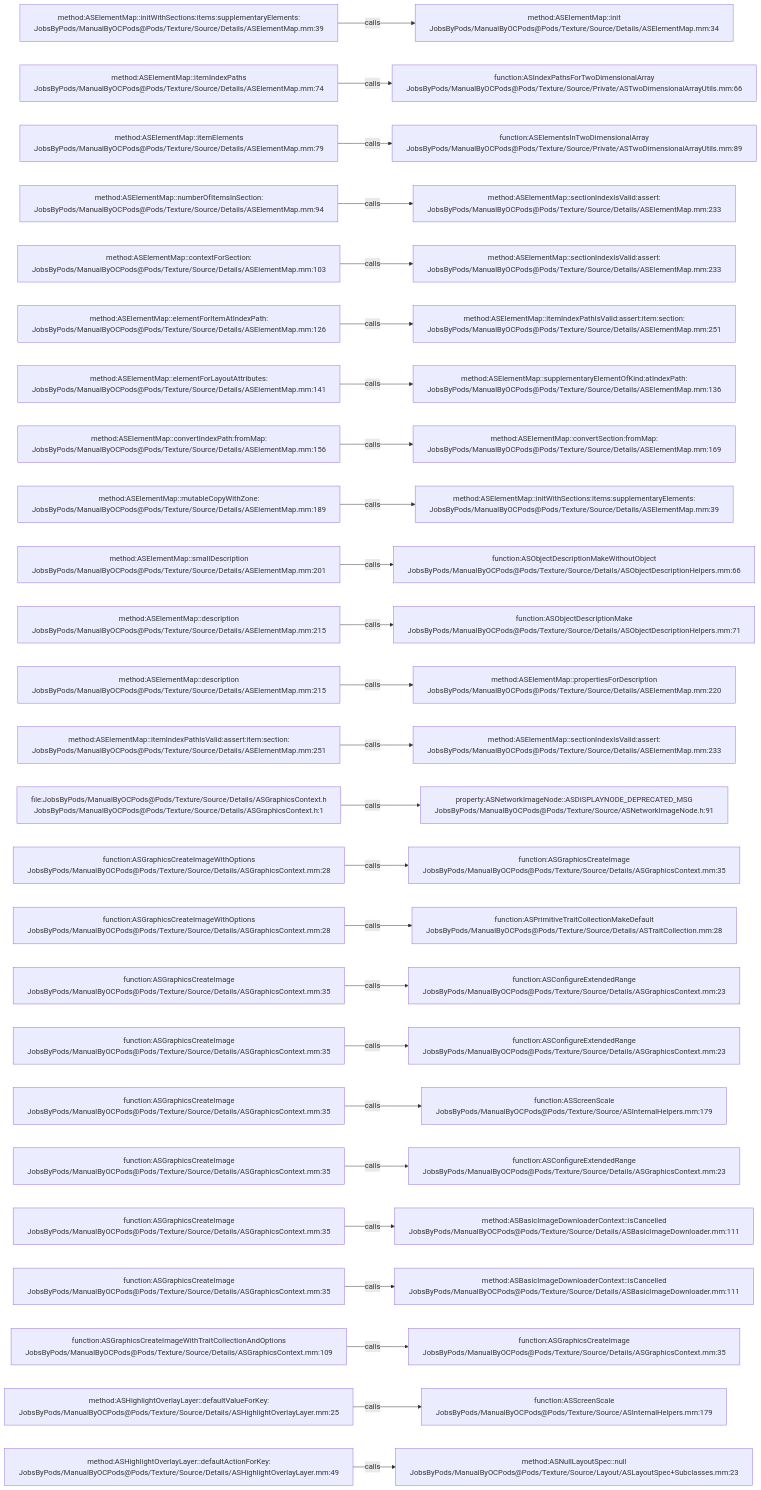
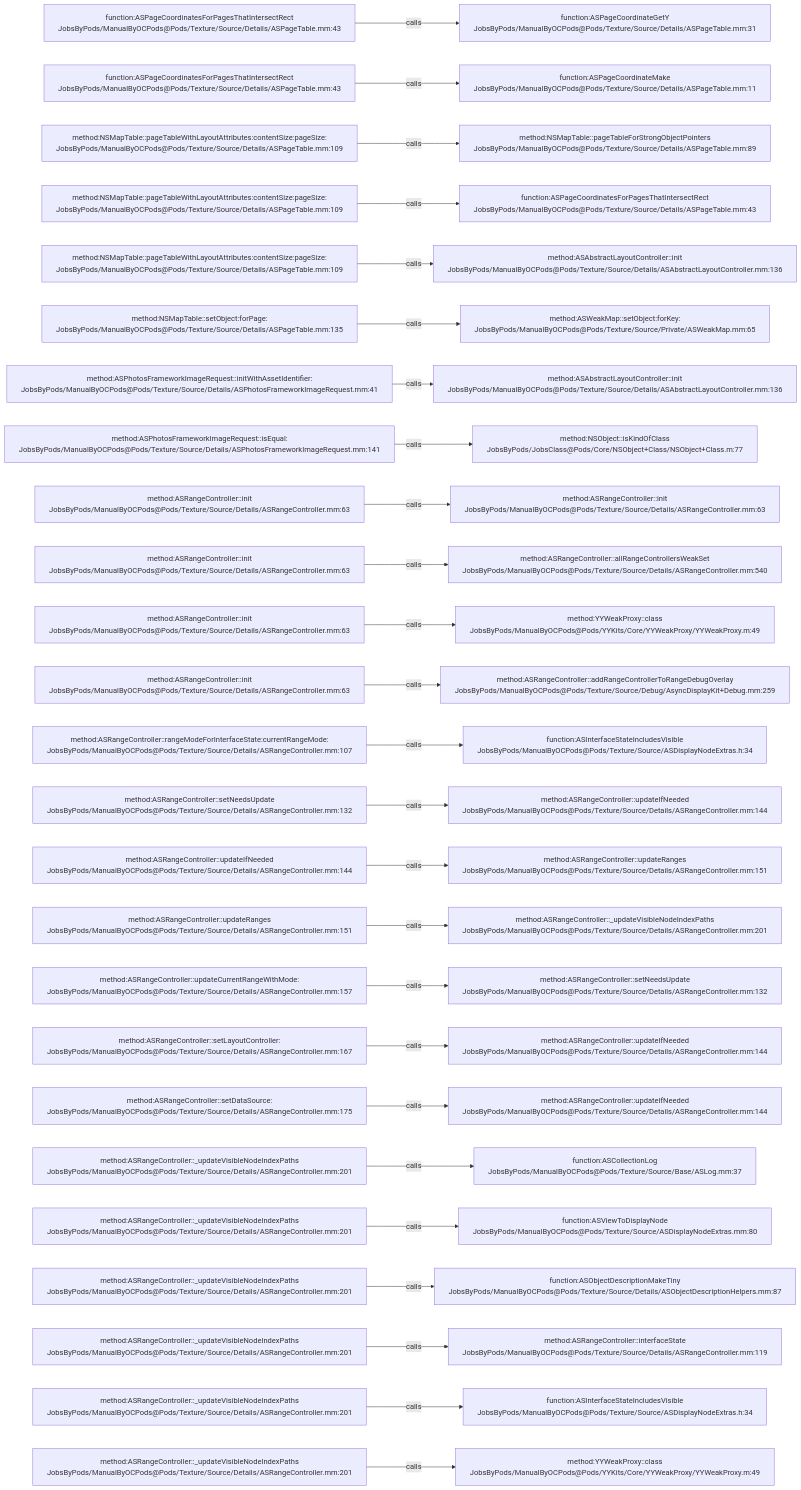
The diagram in .codegraph/codegraph.md/graphs/calls-155.md (JobsKits/JobsOCBaseConfigDemo), drawn with Mermaid before and after one commit. The commit also changed 1448 other files, not shown here.

````diff
--- a/.codegraph/codegraph.md/graphs/calls-155.md
+++ b/.codegraph/codegraph.md/graphs/calls-155.md
@@ -13,78 +13,78 @@
 ```mermaid
 flowchart LR
-  S1["method:ASElementMap::initWithSections:items:supplementaryElements:<br/>JobsByPods/ManualByOCPods@Pods/Texture/Source/Details/ASElementMap.mm:39"]
-  T1["method:ASElementMap::init<br/>JobsByPods/ManualByOCPods@Pods/Texture/Source/Details/ASElementMap.mm:34"]
+  S1["function:ASPageCoordinatesForPagesThatIntersectRect<br/>JobsByPods/ManualByOCPods@Pods/Texture/Source/Details/ASPageTable.mm:43"]
+  T1["function:ASPageCoordinateGetY<br/>JobsByPods/ManualByOCPods@Pods/Texture/Source/Details/ASPageTable.mm:31"]
   S1 -->|calls| T1
-  S2["method:ASElementMap::itemIndexPaths<br/>JobsByPods/ManualByOCPods@Pods/Texture/Source/Details/ASElementMap.mm:74"]
-  T2["function:ASIndexPathsForTwoDimensionalArray<br/>JobsByPods/ManualByOCPods@Pods/Texture/Source/Private/ASTwoDimensionalArrayUtils.mm:66"]
+  S2["function:ASPageCoordinatesForPagesThatIntersectRect<br/>JobsByPods/ManualByOCPods@Pods/Texture/Source/Details/ASPageTable.mm:43"]
+  T2["function:ASPageCoordinateMake<br/>JobsByPods/ManualByOCPods@Pods/Texture/Source/Details/ASPageTable.mm:11"]
   S2 -->|calls| T2
-  S3["method:ASElementMap::itemElements<br/>JobsByPods/ManualByOCPods@Pods/Texture/Source/Details/ASElementMap.mm:79"]
-  T3["function:ASElementsInTwoDimensionalArray<br/>JobsByPods/ManualByOCPods@Pods/Texture/Source/Private/ASTwoDimensionalArrayUtils.mm:89"]
+  S3["method:NSMapTable::pageTableWithLayoutAttributes:contentSize:pageSize:<br/>JobsByPods/ManualByOCPods@Pods/Texture/Source/Details/ASPageTable.mm:109"]
+  T3["method:NSMapTable::pageTableForStrongObjectPointers<br/>JobsByPods/ManualByOCPods@Pods/Texture/Source/Details/ASPageTable.mm:89"]
   S3 -->|calls| T3
-  S4["method:ASElementMap::numberOfItemsInSection:<br/>JobsByPods/ManualByOCPods@Pods/Texture/Source/Details/ASElementMap.mm:94"]
-  T4["method:ASElementMap::sectionIndexIsValid:assert:<br/>JobsByPods/ManualByOCPods@Pods/Texture/Source/Details/ASElementMap.mm:233"]
+  S4["method:NSMapTable::pageTableWithLayoutAttributes:contentSize:pageSize:<br/>JobsByPods/ManualByOCPods@Pods/Texture/Source/Details/ASPageTable.mm:109"]
+  T4["function:ASPageCoordinatesForPagesThatIntersectRect<br/>JobsByPods/ManualByOCPods@Pods/Texture/Source/Details/ASPageTable.mm:43"]
   S4 -->|calls| T4
-  S5["method:ASElementMap::contextForSection:<br/>JobsByPods/ManualByOCPods@Pods/Texture/Source/Details/ASElementMap.mm:103"]
-  T5["method:ASElementMap::sectionIndexIsValid:assert:<br/>JobsByPods/ManualByOCPods@Pods/Texture/Source/Details/ASElementMap.mm:233"]
+  S5["method:NSMapTable::pageTableWithLayoutAttributes:contentSize:pageSize:<br/>JobsByPods/ManualByOCPods@Pods/Texture/Source/Details/ASPageTable.mm:109"]
+  T5["method:ASAbstractLayoutController::init<br/>JobsByPods/ManualByOCPods@Pods/Texture/Source/Details/ASAbstractLayoutController.mm:136"]
   S5 -->|calls| T5
-  S6["method:ASElementMap::elementForItemAtIndexPath:<br/>JobsByPods/ManualByOCPods@Pods/Texture/Source/Details/ASElementMap.mm:126"]
-  T6["method:ASElementMap::itemIndexPathIsValid:assert:item:section:<br/>JobsByPods/ManualByOCPods@Pods/Texture/Source/Details/ASElementMap.mm:251"]
+  S6["method:NSMapTable::setObject:forPage:<br/>JobsByPods/ManualByOCPods@Pods/Texture/Source/Details/ASPageTable.mm:135"]
+  T6["method:ASWeakMap::setObject:forKey:<br/>JobsByPods/ManualByOCPods@Pods/Texture/Source/Private/ASWeakMap.mm:65"]
   S6 -->|calls| T6
-  S7["method:ASElementMap::elementForLayoutAttributes:<br/>JobsByPods/ManualByOCPods@Pods/Texture/Source/Details/ASElementMap.mm:141"]
-  T7["method:ASElementMap::supplementaryElementOfKind:atIndexPath:<br/>JobsByPods/ManualByOCPods@Pods/Texture/Source/Details/ASElementMap.mm:136"]
+  S7["method:ASPhotosFrameworkImageRequest::initWithAssetIdentifier:<br/>JobsByPods/ManualByOCPods@Pods/Texture/Source/Details/ASPhotosFrameworkImageRequest.mm:41"]
+  T7["method:ASAbstractLayoutController::init<br/>JobsByPods/ManualByOCPods@Pods/Texture/Source/Details/ASAbstractLayoutController.mm:136"]
   S7 -->|calls| T7
-  S8["method:ASElementMap::convertIndexPath:fromMap:<br/>JobsByPods/ManualByOCPods@Pods/Texture/Source/Details/ASElementMap.mm:156"]
-  T8["method:ASElementMap::convertSection:fromMap:<br/>JobsByPods/ManualByOCPods@Pods/Texture/Source/Details/ASElementMap.mm:169"]
+  S8["method:ASPhotosFrameworkImageRequest::isEqual:<br/>JobsByPods/ManualByOCPods@Pods/Texture/Source/Details/ASPhotosFrameworkImageRequest.mm:141"]
+  T8["method:NSObject::isKindOfClass<br/>JobsByPods/JobsClass@Pods/Core/NSObject+Class/NSObject+Class.m:77"]
   S8 -->|calls| T8
-  S9["method:ASElementMap::mutableCopyWithZone:<br/>JobsByPods/ManualByOCPods@Pods/Texture/Source/Details/ASElementMap.mm:189"]
-  T9["method:ASElementMap::initWithSections:items:supplementaryElements:<br/>JobsByPods/ManualByOCPods@Pods/Texture/Source/Details/ASElementMap.mm:39"]
+  S9["method:ASRangeController::init<br/>JobsByPods/ManualByOCPods@Pods/Texture/Source/Details/ASRangeController.mm:63"]
+  T9["method:ASRangeController::init<br/>JobsByPods/ManualByOCPods@Pods/Texture/Source/Details/ASRangeController.mm:63"]
   S9 -->|calls| T9
-  S10["method:ASElementMap::smallDescription<br/>JobsByPods/ManualByOCPods@Pods/Texture/Source/Details/ASElementMap.mm:201"]
-  T10["function:ASObjectDescriptionMakeWithoutObject<br/>JobsByPods/ManualByOCPods@Pods/Texture/Source/Details/ASObjectDescriptionHelpers.mm:66"]
+  S10["method:ASRangeController::init<br/>JobsByPods/ManualByOCPods@Pods/Texture/Source/Details/ASRangeController.mm:63"]
+  T10["method:ASRangeController::allRangeControllersWeakSet<br/>JobsByPods/ManualByOCPods@Pods/Texture/Source/Details/ASRangeController.mm:540"]
   S10 -->|calls| T10
-  S11["method:ASElementMap::description<br/>JobsByPods/ManualByOCPods@Pods/Texture/Source/Details/ASElementMap.mm:215"]
-  T11["function:ASObjectDescriptionMake<br/>JobsByPods/ManualByOCPods@Pods/Texture/Source/Details/ASObjectDescriptionHelpers.mm:71"]
+  S11["method:ASRangeController::init<br/>JobsByPods/ManualByOCPods@Pods/Texture/Source/Details/ASRangeController.mm:63"]
+  T11["method:YYWeakProxy::class<br/>JobsByPods/ManualByOCPods@Pods/YYKits/Core/YYWeakProxy/YYWeakProxy.m:49"]
   S11 -->|calls| T11
-  S12["method:ASElementMap::description<br/>JobsByPods/ManualByOCPods@Pods/Texture/Source/Details/ASElementMap.mm:215"]
-  T12["method:ASElementMap::propertiesForDescription<br/>JobsByPods/ManualByOCPods@Pods/Texture/Source/Details/ASElementMap.mm:220"]
+  S12["method:ASRangeController::init<br/>JobsByPods/ManualByOCPods@Pods/Texture/Source/Details/ASRangeController.mm:63"]
+  T12["method:ASRangeController::addRangeControllerToRangeDebugOverlay<br/>JobsByPods/ManualByOCPods@Pods/Texture/Source/Debug/AsyncDisplayKit+Debug.mm:259"]
   S12 -->|calls| T12
-  S13["method:ASElementMap::itemIndexPathIsValid:assert:item:section:<br/>JobsByPods/ManualByOCPods@Pods/Texture/Source/Details/ASElementMap.mm:251"]
-  T13["method:ASElementMap::sectionIndexIsValid:assert:<br/>JobsByPods/ManualByOCPods@Pods/Texture/Source/Details/ASElementMap.mm:233"]
+  S13["method:ASRangeController::rangeModeForInterfaceState:currentRangeMode:<br/>JobsByPods/ManualByOCPods@Pods/Texture/Source/Details/ASRangeController.mm:107"]
+  T13["function:ASInterfaceStateIncludesVisible<br/>JobsByPods/ManualByOCPods@Pods/Texture/Source/ASDisplayNodeExtras.h:34"]
   S13 -->|calls| T13
-  S14["file:JobsByPods/ManualByOCPods@Pods/Texture/Source/Details/ASGraphicsContext.h<br/>JobsByPods/ManualByOCPods@Pods/Texture/Source/Details/ASGraphicsContext.h:1"]
-  T14["property:ASNetworkImageNode::ASDISPLAYNODE_DEPRECATED_MSG<br/>JobsByPods/ManualByOCPods@Pods/Texture/Source/ASNetworkImageNode.h:91"]
+  S14["method:ASRangeController::setNeedsUpdate<br/>JobsByPods/ManualByOCPods@Pods/Texture/Source/Details/ASRangeController.mm:132"]
+  T14["method:ASRangeController::updateIfNeeded<br/>JobsByPods/ManualByOCPods@Pods/Texture/Source/Details/ASRangeController.mm:144"]
   S14 -->|calls| T14
-  S15["function:ASGraphicsCreateImageWithOptions<br/>JobsByPods/ManualByOCPods@Pods/Texture/Source/Details/ASGraphicsContext.mm:28"]
-  T15["function:ASGraphicsCreateImage<br/>JobsByPods/ManualByOCPods@Pods/Texture/Source/Details/ASGraphicsContext.mm:35"]
+  S15["method:ASRangeController::updateIfNeeded<br/>JobsByPods/ManualByOCPods@Pods/Texture/Source/Details/ASRangeController.mm:144"]
+  T15["method:ASRangeController::updateRanges<br/>JobsByPods/ManualByOCPods@Pods/Texture/Source/Details/ASRangeController.mm:151"]
   S15 -->|calls| T15
-  S16["function:ASGraphicsCreateImageWithOptions<br/>JobsByPods/ManualByOCPods@Pods/Texture/Source/Details/ASGraphicsContext.mm:28"]
-  T16["function:ASPrimitiveTraitCollectionMakeDefault<br/>JobsByPods/ManualByOCPods@Pods/Texture/Source/Details/ASTraitCollection.mm:28"]
+  S16["method:ASRangeController::updateRanges<br/>JobsByPods/ManualByOCPods@Pods/Texture/Source/Details/ASRangeController.mm:151"]
+  T16["method:ASRangeController::_updateVisibleNodeIndexPaths<br/>JobsByPods/ManualByOCPods@Pods/Texture/Source/Details/ASRangeController.mm:201"]
   S16 -->|calls| T16
-  S17["function:ASGraphicsCreateImage<br/>JobsByPods/ManualByOCPods@Pods/Texture/Source/Details/ASGraphicsContext.mm:35"]
-  T17["function:ASConfigureExtendedRange<br/>JobsByPods/ManualByOCPods@Pods/Texture/Source/Details/ASGraphicsContext.mm:23"]
+  S17["method:ASRangeController::updateCurrentRangeWithMode:<br/>JobsByPods/ManualByOCPods@Pods/Texture/Source/Details/ASRangeController.mm:157"]
+  T17["method:ASRangeController::setNeedsUpdate<br/>JobsByPods/ManualByOCPods@Pods/Texture/Source/Details/ASRangeController.mm:132"]
   S17 -->|calls| T17
-  S18["function:ASGraphicsCreateImage<br/>JobsByPods/ManualByOCPods@Pods/Texture/Source/Details/ASGraphicsContext.mm:35"]
-  T18["function:ASConfigureExtendedRange<br/>JobsByPods/ManualByOCPods@Pods/Texture/Source/Details/ASGraphicsContext.mm:23"]
+  S18["method:ASRangeController::setLayoutController:<br/>JobsByPods/ManualByOCPods@Pods/Texture/Source/Details/ASRangeController.mm:167"]
+  T18["method:ASRangeController::updateIfNeeded<br/>JobsByPods/ManualByOCPods@Pods/Texture/Source/Details/ASRangeController.mm:144"]
   S18 -->|calls| T18
-  S19["function:ASGraphicsCreateImage<br/>JobsByPods/ManualByOCPods@Pods/Texture/Source/Details/ASGraphicsContext.mm:35"]
-  T19["function:ASScreenScale<br/>JobsByPods/ManualByOCPods@Pods/Texture/Source/ASInternalHelpers.mm:179"]
+  S19["method:ASRangeController::setDataSource:<br/>JobsByPods/ManualByOCPods@Pods/Texture/Source/Details/ASRangeController.mm:175"]
+  T19["method:ASRangeController::updateIfNeeded<br/>JobsByPods/ManualByOCPods@Pods/Texture/Source/Details/ASRangeController.mm:144"]
   S19 -->|calls| T19
-  S20["function:ASGraphicsCreateImage<br/>JobsByPods/ManualByOCPods@Pods/Texture/Source/Details/ASGraphicsContext.mm:35"]
-  T20["function:ASConfigureExtendedRange<br/>JobsByPods/ManualByOCPods@Pods/Texture/Source/Details/ASGraphicsContext.mm:23"]
+  S20["method:ASRangeController::_updateVisibleNodeIndexPaths<br/>JobsByPods/ManualByOCPods@Pods/Texture/Source/Details/ASRangeController.mm:201"]
+  T20["function:ASCollectionLog<br/>JobsByPods/ManualByOCPods@Pods/Texture/Source/Base/ASLog.mm:37"]
   S20 -->|calls| T20
-  S21["function:ASGraphicsCreateImage<br/>JobsByPods/ManualByOCPods@Pods/Texture/Source/Details/ASGraphicsContext.mm:35"]
-  T21["method:ASBasicImageDownloaderContext::isCancelled<br/>JobsByPods/ManualByOCPods@Pods/Texture/Source/Details/ASBasicImageDownloader.mm:111"]
+  S21["method:ASRangeController::_updateVisibleNodeIndexPaths<br/>JobsByPods/ManualByOCPods@Pods/Texture/Source/Details/ASRangeController.mm:201"]
+  T21["function:ASViewToDisplayNode<br/>JobsByPods/ManualByOCPods@Pods/Texture/Source/ASDisplayNodeExtras.mm:80"]
   S21 -->|calls| T21
-  S22["function:ASGraphicsCreateImage<br/>JobsByPods/ManualByOCPods@Pods/Texture/Source/Details/ASGraphicsContext.mm:35"]
-  T22["method:ASBasicImageDownloaderContext::isCancelled<br/>JobsByPods/ManualByOCPods@Pods/Texture/Source/Details/ASBasicImageDownloader.mm:111"]
+  S22["method:ASRangeController::_updateVisibleNodeIndexPaths<br/>JobsByPods/ManualByOCPods@Pods/Texture/Source/Details/ASRangeController.mm:201"]
+  T22["function:ASObjectDescriptionMakeTiny<br/>JobsByPods/ManualByOCPods@Pods/Texture/Source/Details/ASObjectDescriptionHelpers.mm:87"]
   S22 -->|calls| T22
-  S23["function:ASGraphicsCreateImageWithTraitCollectionAndOptions<br/>JobsByPods/ManualByOCPods@Pods/Texture/Source/Details/ASGraphicsContext.mm:109"]
-  T23["function:ASGraphicsCreateImage<br/>JobsByPods/ManualByOCPods@Pods/Texture/Source/Details/ASGraphicsContext.mm:35"]
+  S23["method:ASRangeController::_updateVisibleNodeIndexPaths<br/>JobsByPods/ManualByOCPods@Pods/Texture/Source/Details/ASRangeController.mm:201"]
+  T23["method:ASRangeController::interfaceState<br/>JobsByPods/ManualByOCPods@Pods/Texture/Source/Details/ASRangeController.mm:119"]
   S23 -->|calls| T23
-  S24["method:ASHighlightOverlayLayer::defaultValueForKey:<br/>JobsByPods/ManualByOCPods@Pods/Texture/Source/Details/ASHighlightOverlayLayer.mm:25"]
-  T24["function:ASScreenScale<br/>JobsByPods/ManualByOCPods@Pods/Texture/Source/ASInternalHelpers.mm:179"]
+  S24["method:ASRangeController::_updateVisibleNodeIndexPaths<br/>JobsByPods/ManualByOCPods@Pods/Texture/Source/Details/ASRangeController.mm:201"]
+  T24["function:ASInterfaceStateIncludesVisible<br/>JobsByPods/ManualByOCPods@Pods/Texture/Source/ASDisplayNodeExtras.h:34"]
   S24 -->|calls| T24
-  S25["method:ASHighlightOverlayLayer::defaultActionForKey:<br/>JobsByPods/ManualByOCPods@Pods/Texture/Source/Details/ASHighlightOverlayLayer.mm:49"]
-  T25["method:ASNullLayoutSpec::null<br/>JobsByPods/ManualByOCPods@Pods/Texture/Source/Layout/ASLayoutSpec+Subclasses.mm:23"]
+  S25["method:ASRangeController::_updateVisibleNodeIndexPaths<br/>JobsByPods/ManualByOCPods@Pods/Texture/Source/Details/ASRangeController.mm:201"]
+  T25["method:YYWeakProxy::class<br/>JobsByPods/ManualByOCPods@Pods/YYKits/Core/YYWeakProxy/YYWeakProxy.m:49"]
   S25 -->|calls| T25
 ```
````
